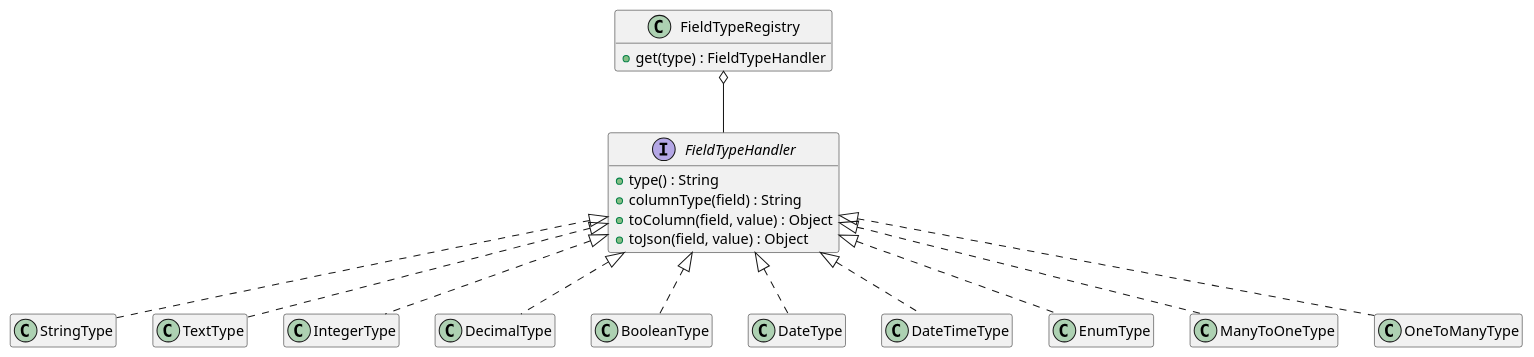
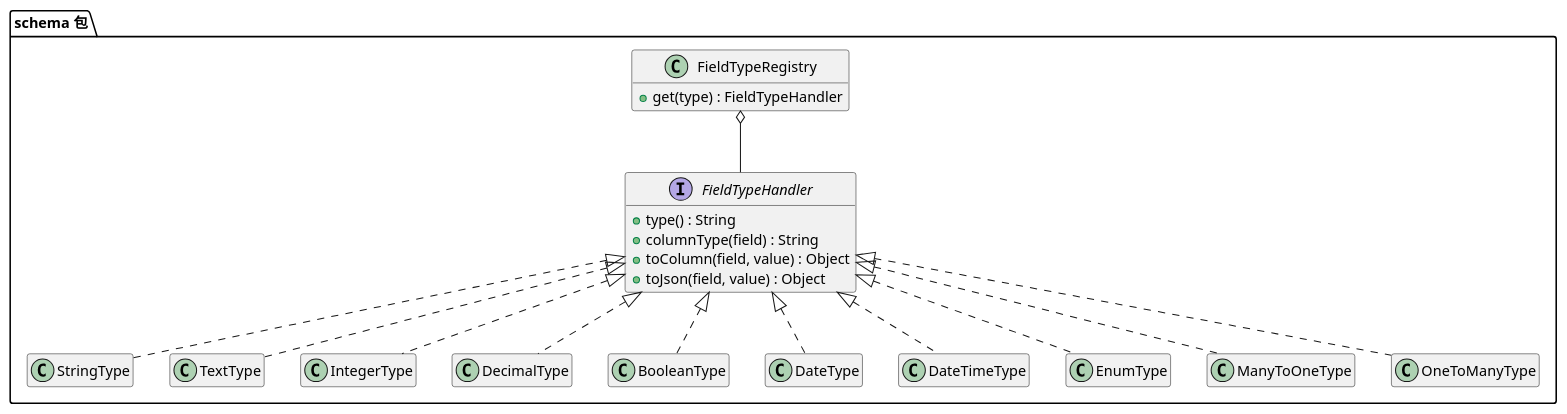
The diagram in docs/dev-doc/images/design/05-field-type-class.puml (liyiming-dev/metaforge), drawn with PlantUML before and after one commit. The commit also changed 4 other files, not shown here.

Commit message:
docs: 按后端评审意见修订图 4、图 5

```diff
--- a/docs/dev-doc/images/design/05-field-type-class.puml
+++ b/docs/dev-doc/images/design/05-field-type-class.puml
@@ -1,36 +1,38 @@
 @startuml
 skinparam shadowing false
 hide empty members
 
-interface FieldTypeHandler {
-  +type() : String
-  +columnType(field) : String
-  +toColumn(field, value) : Object
-  +toJson(field, value) : Object
+package "schema 包" {
+  interface FieldTypeHandler {
+    +type() : String
+    +columnType(field) : String
+    +toColumn(field, value) : Object
+    +toJson(field, value) : Object
+  }
+  class FieldTypeRegistry {
+    +get(type) : FieldTypeHandler
+  }
+  class StringType
+  class TextType
+  class IntegerType
+  class DecimalType
+  class BooleanType
+  class DateType
+  class DateTimeType
+  class EnumType
+  class ManyToOneType
+  class OneToManyType
 }
-class FieldTypeRegistry {
-  +get(type) : FieldTypeHandler
-}
-class StringType
-class TextType
-class IntegerType
-class DecimalType
-class BooleanType
-class DateType
-class DateTimeType
-class EnumType
-class ManyToOneType
-class OneToManyType
 
 FieldTypeRegistry o-- FieldTypeHandler
 FieldTypeHandler <|.. StringType
 FieldTypeHandler <|.. TextType
 FieldTypeHandler <|.. IntegerType
 FieldTypeHandler <|.. DecimalType
 FieldTypeHandler <|.. BooleanType
 FieldTypeHandler <|.. DateType
 FieldTypeHandler <|.. DateTimeType
 FieldTypeHandler <|.. EnumType
 FieldTypeHandler <|.. ManyToOneType
 FieldTypeHandler <|.. OneToManyType
 @enduml
```
